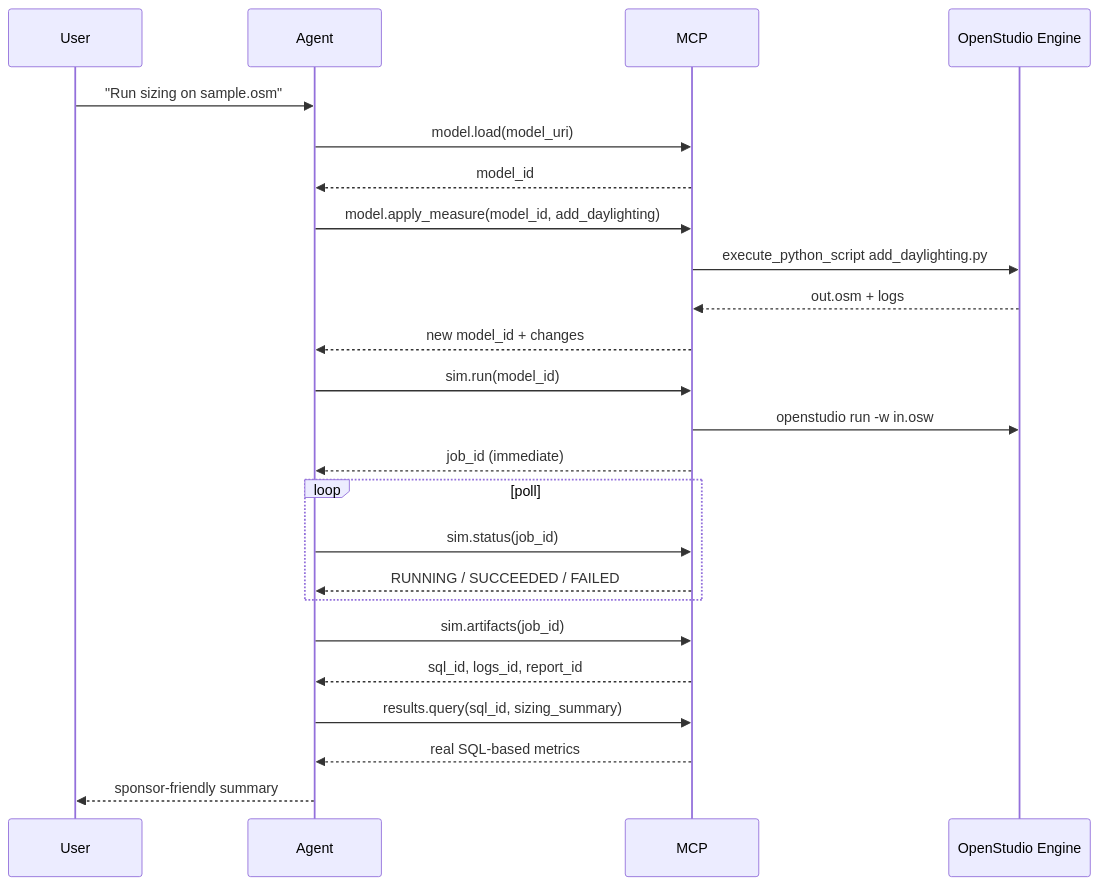
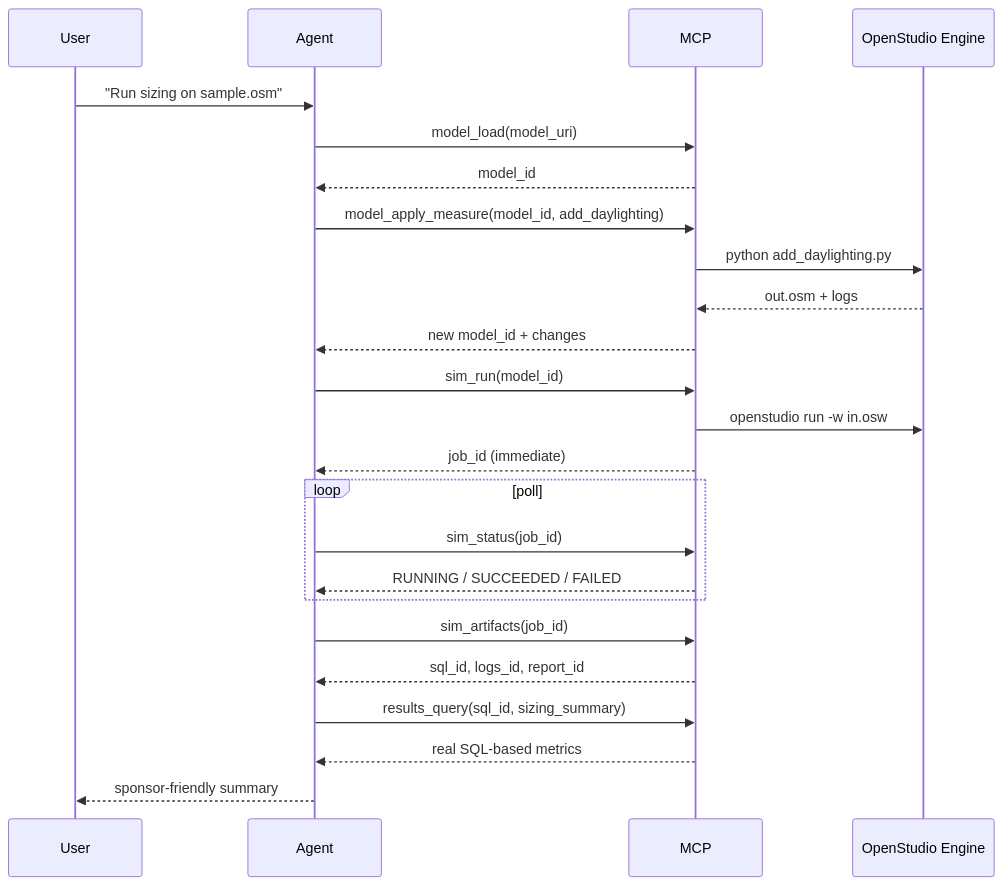
Before and after one commit to pnnl/BEM-AI: the second of 2 diagrams in examples/openstudio_mcp_demo/architecture_diagram.md, drawn with Mermaid. The commit also changed 26 other files, not shown here.

````diff
--- a/examples/openstudio_mcp_demo/architecture_diagram.md
+++ b/examples/openstudio_mcp_demo/architecture_diagram.md
@@ -40,32 +40,32 @@
 ```mermaid
 sequenceDiagram
     participant User
     participant Agent
     participant MCP
     participant OS as OpenStudio Engine
 
     User->>Agent: "Run sizing on sample.osm"
-    Agent->>MCP: model.load(model_uri)
+    Agent->>MCP: model_load(model_uri)
     MCP-->>Agent: model_id
 
-    Agent->>MCP: model.apply_measure(model_id, add_daylighting)
-    MCP->>OS: execute_python_script add_daylighting.py
+    Agent->>MCP: model_apply_measure(model_id, add_daylighting)
+    MCP->>OS: python add_daylighting.py
     OS-->>MCP: out.osm + logs
     MCP-->>Agent: new model_id + changes
 
-    Agent->>MCP: sim.run(model_id)
+    Agent->>MCP: sim_run(model_id)
     MCP->>OS: openstudio run -w in.osw
     MCP-->>Agent: job_id (immediate)
 
     loop poll
-      Agent->>MCP: sim.status(job_id)
+      Agent->>MCP: sim_status(job_id)
       MCP-->>Agent: RUNNING / SUCCEEDED / FAILED
     end
 
-    Agent->>MCP: sim.artifacts(job_id)
+    Agent->>MCP: sim_artifacts(job_id)
     MCP-->>Agent: sql_id, logs_id, report_id
 
-    Agent->>MCP: results.query(sql_id, sizing_summary)
+    Agent->>MCP: results_query(sql_id, sizing_summary)
     MCP-->>Agent: real SQL-based metrics
     Agent-->>User: sponsor-friendly summary
 ```
````
